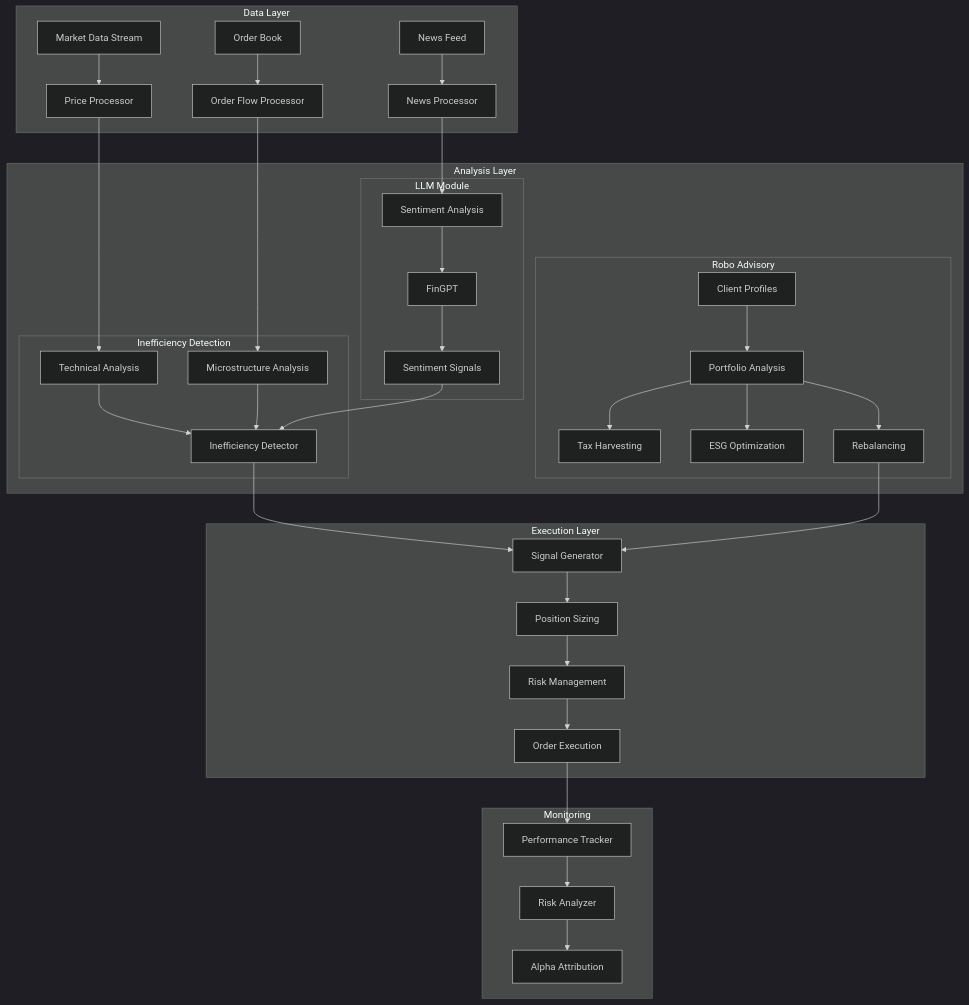
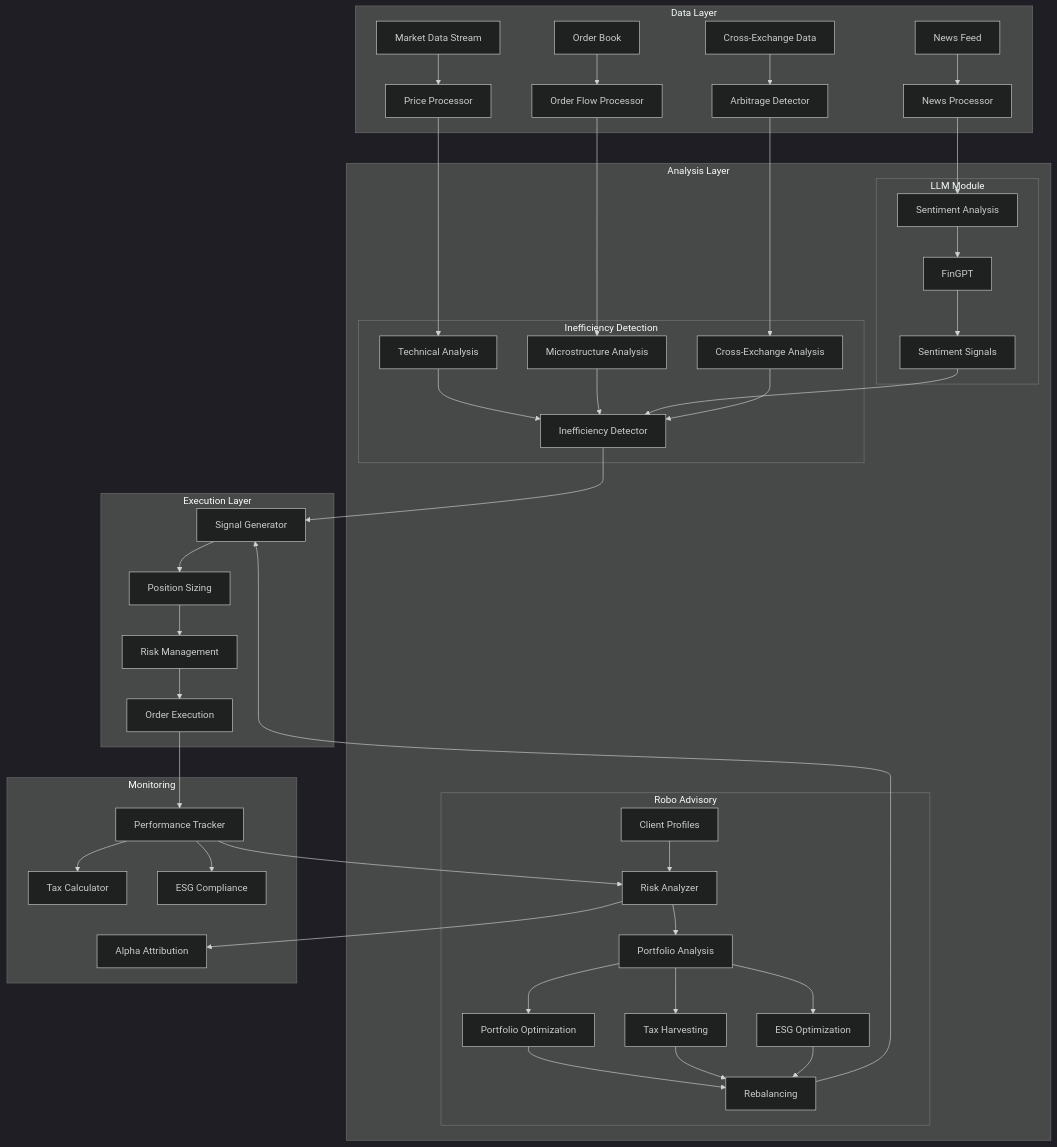
Before and after one commit to ashioyajotham/fingpt_trader: the diagram in README.md, drawn with Mermaid (dark theme). The commit also changed other lines of this file, not shown here.

````diff
--- a/README.md
+++ b/README.md
@@ -14,46 +75,55 @@
 ```mermaid
 graph TB
     subgraph Data Layer
         MD[Market Data Stream] --> PP[Price Processor]
         NF[News Feed] --> NP[News Processor]
         OB[Order Book] --> OP[Order Flow Processor]
+        XE[Cross-Exchange Data] --> XA[Arbitrage Detector]
     end
 
     subgraph Analysis Layer
         PP --> TA[Technical Analysis]
         NP --> SA[Sentiment Analysis]
         OP --> MA[Microstructure Analysis]
+        XA --> CA[Cross-Exchange Analysis]
         
         subgraph LLM Module
             SA --> FG[FinGPT]
             FG --> SS[Sentiment Signals]
         end
         
         subgraph Inefficiency Detection
             TA --> ID[Inefficiency Detector]
             MA --> ID
             SS --> ID
+            CA --> ID
         end
 
         subgraph Robo Advisory
-            CP[Client Profiles] --> PA[Portfolio Analysis]
+            CP[Client Profiles] --> RA[Risk Assessment]
+            RA --> PA[Portfolio Analysis]
+            PA --> PO[Portfolio Optimization]
             PA --> TH[Tax Harvesting]
             PA --> ESG[ESG Optimization]
-            PA --> RB[Rebalancing]
+            PO --> RB[Rebalancing]
+            TH --> RB
+            ESG --> RB
         end
     end
 
     subgraph Execution Layer
         ID --> SG[Signal Generator]
         RB --> SG
         SG --> PS[Position Sizing]
         PS --> RM[Risk Management]
         RM --> OE[Order Execution]
     end
 
     subgraph Monitoring
         OE --> PT[Performance Tracker]
         PT --> RA[Risk Analyzer]
         RA --> AA[Alpha Attribution]
+        PT --> TC[Tax Calculator]
+        PT --> EC[ESG Compliance]
     end
 ```
````
